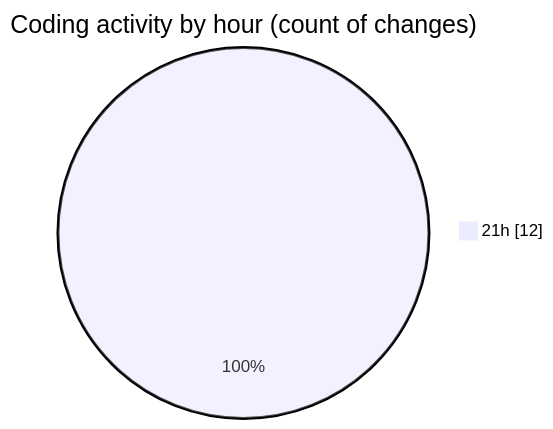
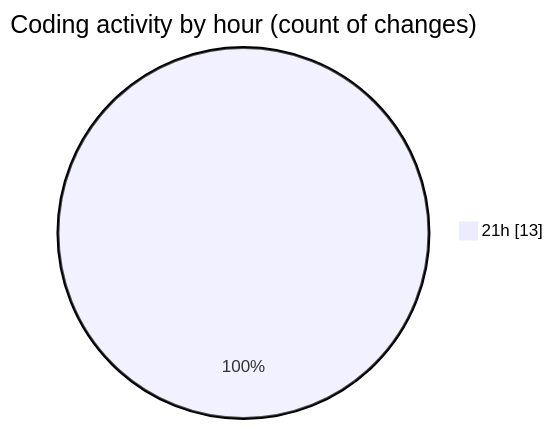
The second of 2 diagrams in 2025-08-15/javascript/README.md (Ritupan-Deka/code-tracking), drawn with Mermaid before and after one commit. The commit also changed other lines of this file and 1 other file, not shown here.

````diff
--- a/2025-08-15/javascript/README.md
+++ b/2025-08-15/javascript/README.md
@@ -31,5 +31,5 @@
 ```mermaid
 pie showData
 title Coding activity by hour (count of changes)
-"21h" : 12
+"21h" : 13
 ```
````
